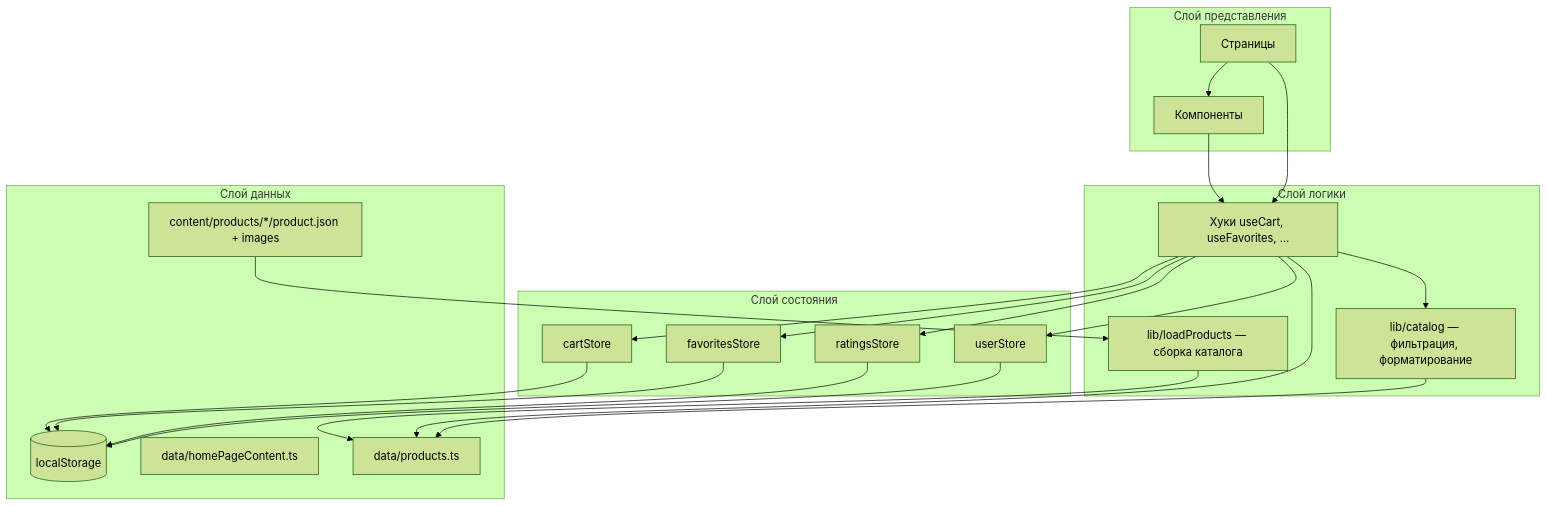
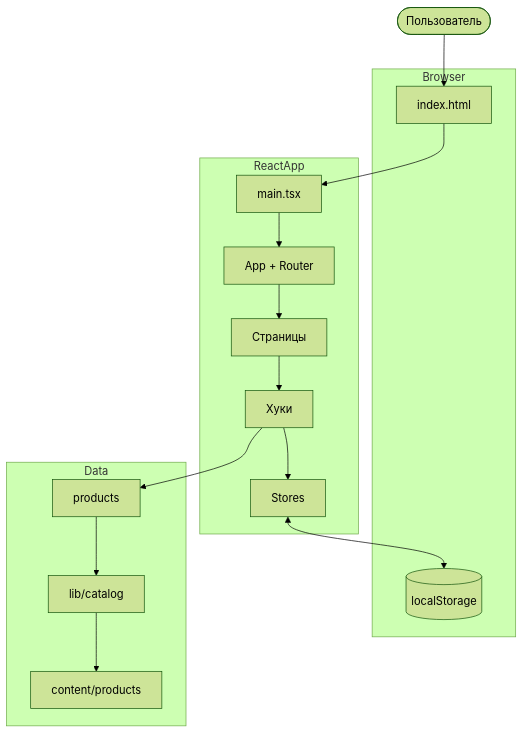
Before and after one commit to katushkinnnns/tennis: the first of 2 diagrams in documents/PROJECT_DOCUMENTATION.md, drawn with Mermaid (forest theme). The commit also changed other lines of this file and 1 other file, not shown here.

````diff
--- a/documents/PROJECT_DOCUMENTATION.md
+++ b/documents/PROJECT_DOCUMENTATION.md
@@ -177,44 +313,28 @@
 ```mermaid
 flowchart TB
-    subgraph UI["Слой представления"]
-        Pages[Страницы]
-        Components[Компоненты]
+    User([Пользователь])
+
+    subgraph Browser
+        HTML[index.html]
+        LS[(localStorage)]
     end
 
-    subgraph Logic["Слой логики"]
-        Hooks[Хуки useCart, useFavorites, …]
-        Lib[lib/catalog — фильтрация, форматирование]
-        Loader[lib/loadProducts — сборка каталога]
+    subgraph ReactApp
+        Main[main.tsx]
+        App[App + Router]
+        Pages[Страницы]
+        Hooks[Хуки]
+        Stores[Stores]
     end
 
-    subgraph State["Слой состояния"]
-        CartStore[cartStore]
-        FavStore[favoritesStore]
-        RatingsStore[ratingsStore]
-        UserStore[userStore]
+    subgraph Data
+        Content[content/products]
+        Products[products]
+        Lib[lib/catalog]
     end
 
-    subgraph Data["Слой данных"]
-        Content[content/products/*/product.json + images]
-        Products[data/products.ts]
-        HomeContent[data/homePageContent.ts]
-        LocalStorage[(localStorage)]
-    end
-
-    Pages --> Components
-    Pages --> Hooks
-    Components --> Hooks
-    Hooks --> CartStore
-    Hooks --> FavStore
-    Hooks --> RatingsStore
-    Hooks --> UserStore
-    Hooks --> Products
-    Hooks --> Lib
-    Lib --> Products
-    Content --> Loader
-    Loader --> Products
-    CartStore --> LocalStorage
-    FavStore --> LocalStorage
-    RatingsStore --> LocalStorage
-    UserStore --> LocalStorage
+    User --> HTML --> Main --> App --> Pages
+    Pages --> Hooks --> Stores
+    Hooks --> Products --> Lib --> Content
+    Stores <--> LS
 ```
````
